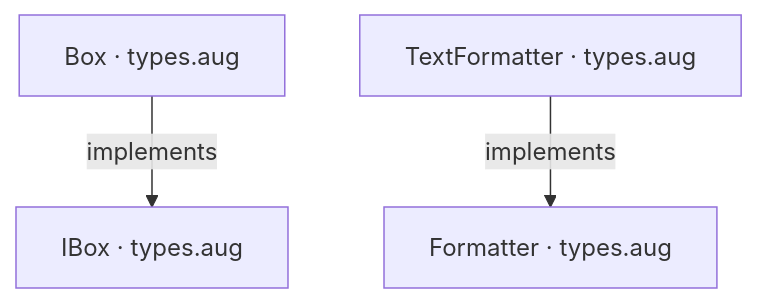
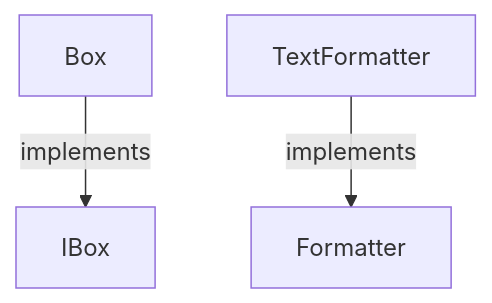
One commit to GreenPandaStudios/augscript changed the diagram in docs/examples/generics/types-diagrams.md. Above: the diagram before and after it, drawn with Mermaid. The commit also changed other lines of this file and 524 other files, not shown here.

Commit message:
Explain checked data flow at folder and service levels

````diff
--- a/docs/examples/generics/types-diagrams.md
+++ b/docs/examples/generics/types-diagrams.md
@@ -19,9 +19,9 @@
 ```mermaid
 flowchart TD
-    n0["Box · types.aug"]
-    n1["Formatter · types.aug"]
-    n2["IBox · types.aug"]
-    n3["TextFormatter · types.aug"]
+    n0["Box"]
+    n1["Formatter"]
+    n2["IBox"]
+    n3["TextFormatter"]
     n0 -->|"implements"| n2
     n3 -->|"implements"| n1
 ```
````
